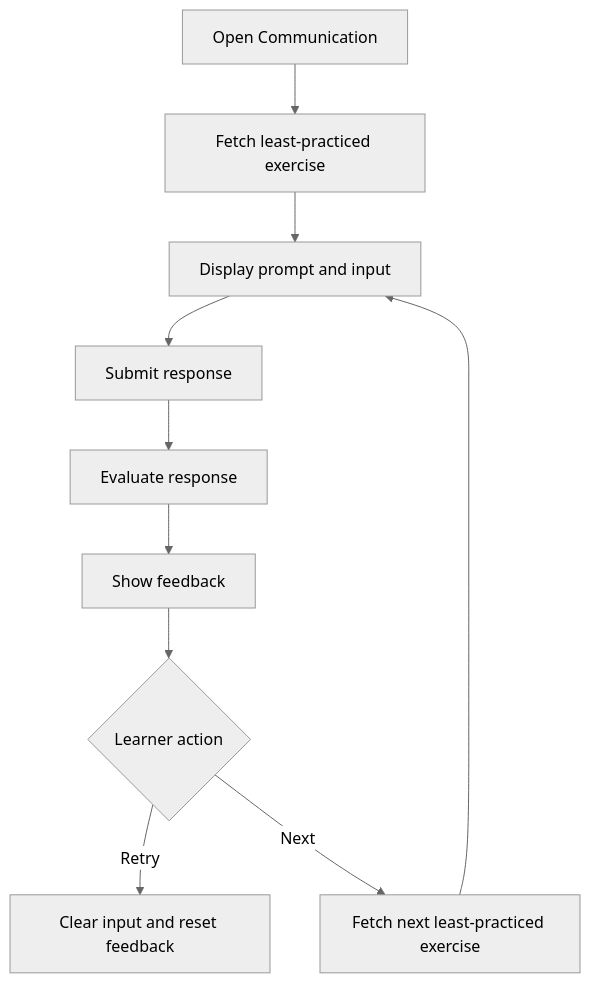
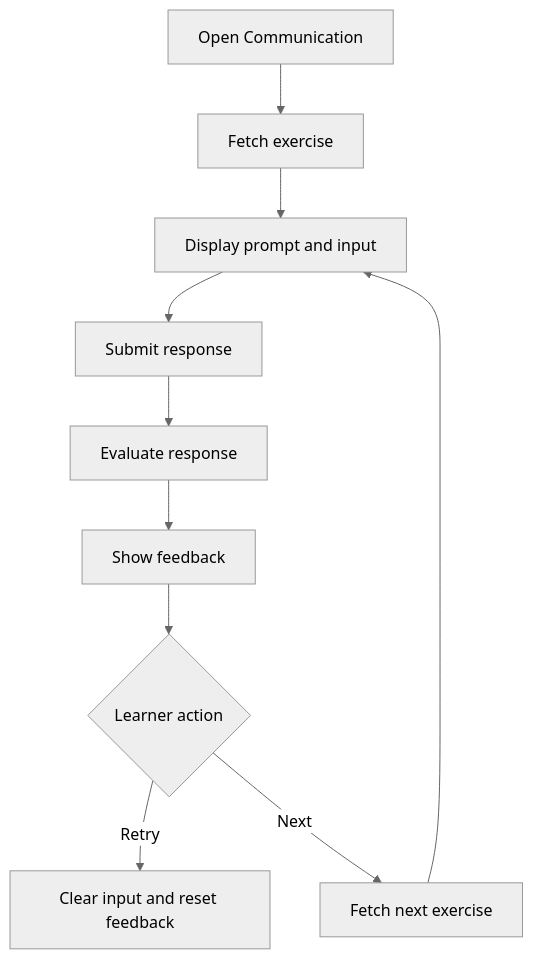
One commit to lamhq/fluento changed the diagram in docs/requirements/communication/practice-communication.md. Above: the diagram before and after it, drawn with Mermaid (neutral theme). The commit also changed other lines of this file and 6 other files, not shown here.

````diff
--- a/docs/requirements/communication/practice-communication.md
+++ b/docs/requirements/communication/practice-communication.md
@@ -47,12 +43,12 @@
 ```mermaid
 flowchart TD
-    A[Open Communication] --> B[Fetch least-practiced exercise]
+    A[Open Communication] --> B[Fetch exercise]
     B --> C[Display prompt and input]
     C --> D[Submit response]
     D --> E[Evaluate response]
     E --> F[Show feedback]
     F --> G{Learner action}
     G -->|Retry| H[Clear input and reset feedback]
-    G -->|Next| I[Fetch next least-practiced exercise]
+    G -->|Next| I[Fetch next exercise]
     I --> C
 ```
````
